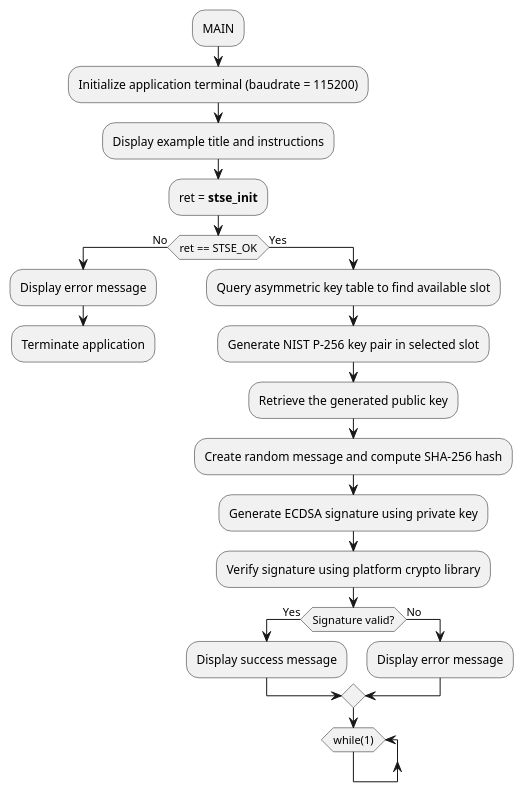
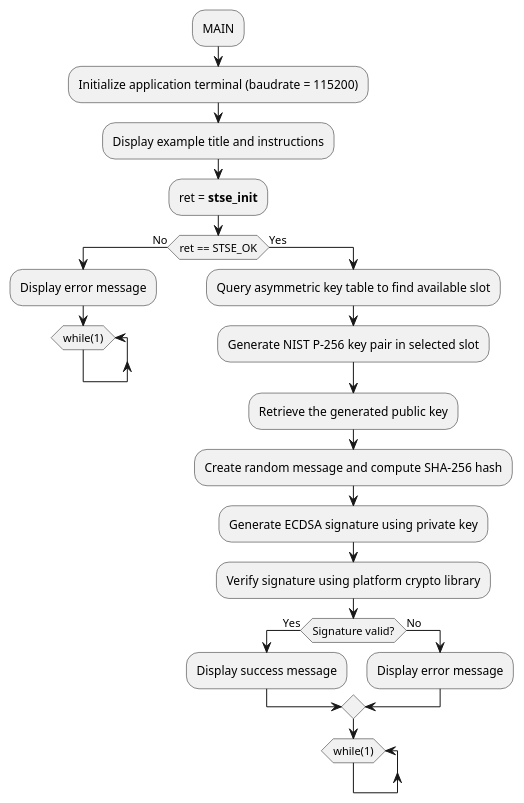
One commit to Grom-perso/STSAFE-A120_examples_dev changed the diagram in Documentation/resources/Markdown/03_Project_examples_description/Key_pair_generation_NIST_P256/STSAFE-A120_Key_pair_generation_NIST_P256.md. Above: the diagram before and after it, drawn with PlantUML. The commit also changed other lines of this file and 54 other files, not shown here.

```diff
--- a/Documentation/resources/Markdown/03_Project_examples_description/Key_pair_generation_NIST_P256/STSAFE-A120_Key_pair_generation_NIST_P256.md
+++ b/Documentation/resources/Markdown/03_Project_examples_description/Key_pair_generation_NIST_P256/STSAFE-A120_Key_pair_generation_NIST_P256.md
@@ -13,28 +13,29 @@
-@startuml{Key_pair_generation_NIST_P256_flowchart.png} "NIST P-256 Key Pair Generation flowchart" width=5cm
+@startuml "NIST P-256 Key Pair Generation flowchart" width=5cm
 	:MAIN;
 	:Initialize application terminal (baudrate = 115200);
 	:Display example title and instructions;
 	:ret = <b>stse_init</b>;
 	if(ret == STSE_OK) then (No)
 	:Display error message;
-	:Terminate application;
+	while (while(1))
+	end while
 	-[hidden]->
 	detach
 	else (Yes)
 	:Query asymmetric key table to find available slot;
 	:Generate NIST P-256 key pair in selected slot;
 	:Retrieve the generated public key;
 	:Create random message and compute SHA-256 hash;
 	:Generate ECDSA signature using private key;
 	:Verify signature using platform crypto library;
 	if(Signature valid?) then (Yes)
 	:Display success message;
 	else (No)
 	:Display error message;
 	endif
 	while (while(1))
 	end while
 	-[hidden]->
 	detach
 	endif
 @enduml
```
